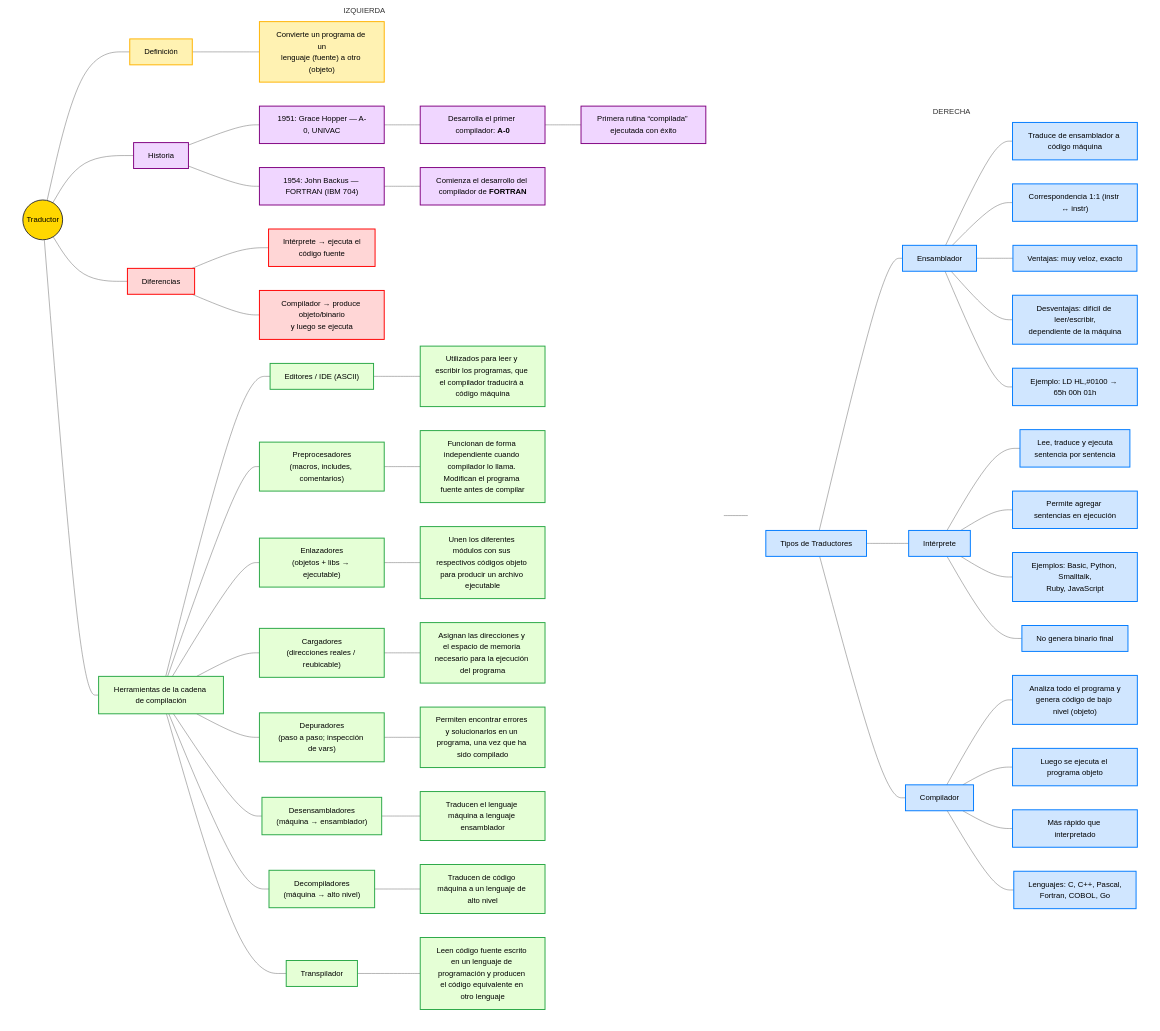
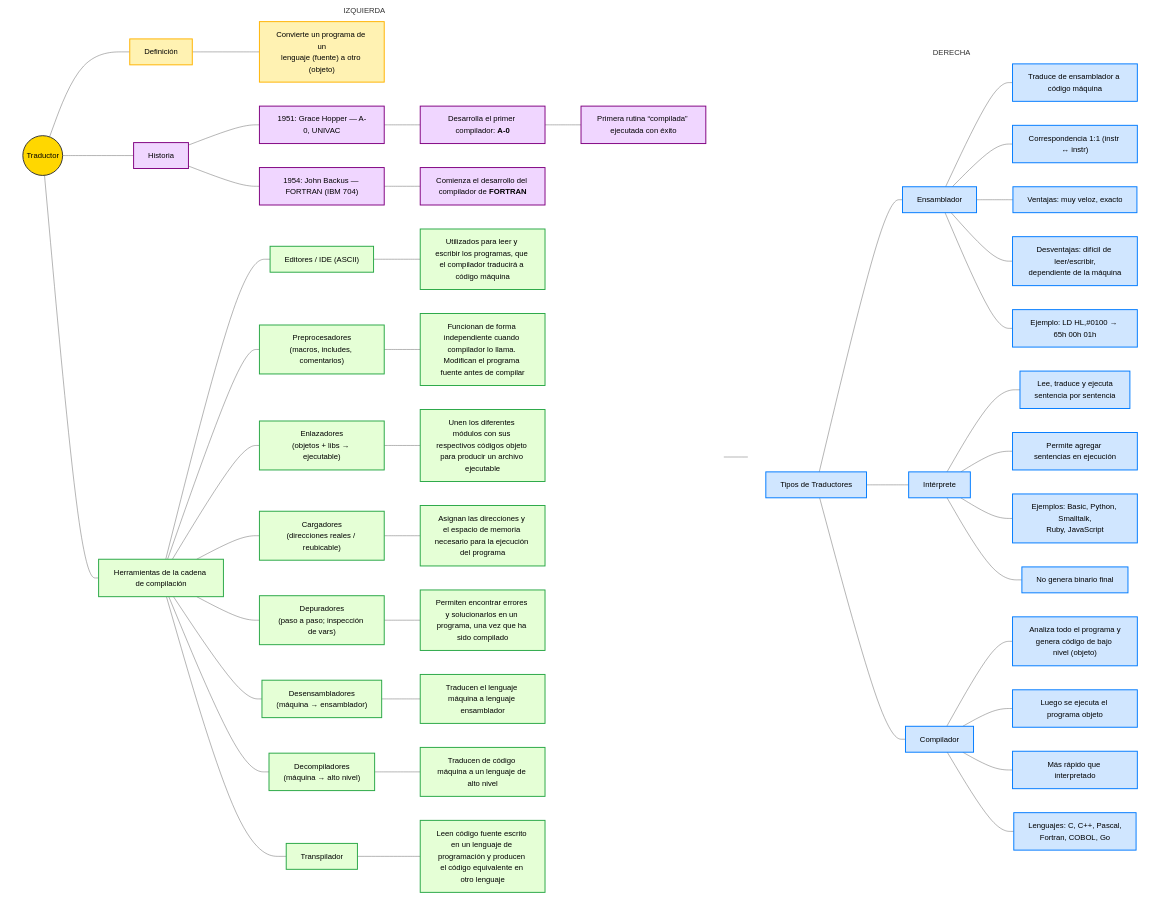
Before and after one commit to SebaBranda/Parseo: the diagram in README.md, drawn with Mermaid (neutral theme).

Commit message:
Update README.md
Corrección mapa conceptual

```diff
--- a/README.md
+++ b/README.md
@@ -26,10 +26,7 @@
         H2["1954: John Backus — FORTRAN (IBM 704)"]:::ramaHist --- H
         H2a["Comienza el desarrollo del compilador de <b>FORTRAN</b>"]:::ramaHist --- H2
 
-        %% Diferencias
-        F[Diferencias]:::ramaDif --- A
-        F1["Intérprete → ejecuta el<br/>código fuente"]:::ramaDif --- F
-        F2["Compilador → produce objeto/binario<br/>y luego se ejecuta"]:::ramaDif --- F
+     
 
         %% Herramientas (dos columnas compactas)
         G["Herramientas de la cadena de compilación"]:::ramaHerr --- A
```
